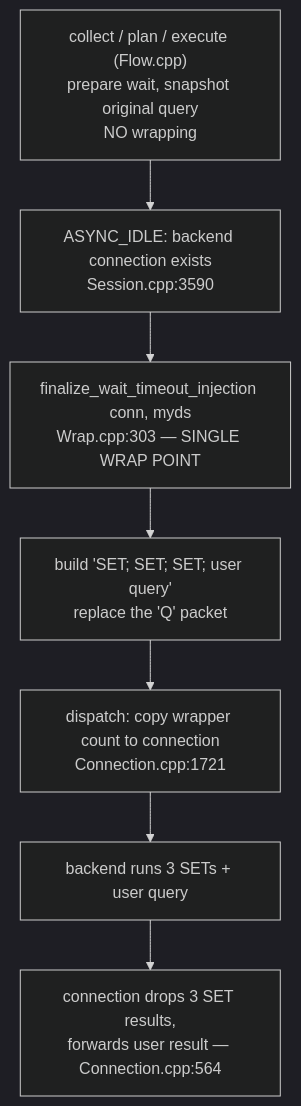
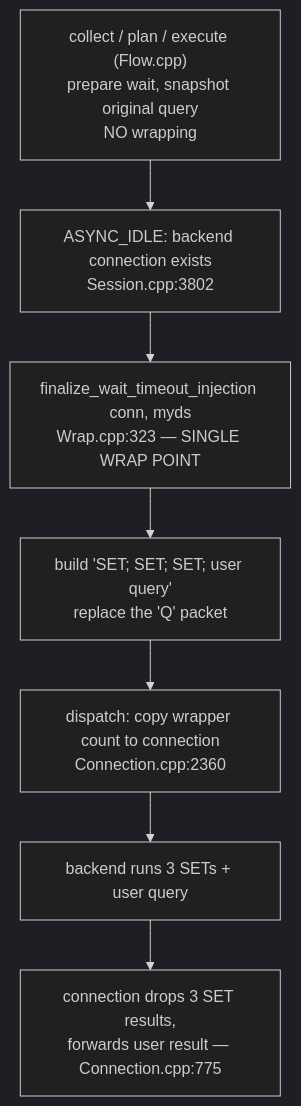
One commit to awide-labs/polar-proxy changed the first of 4 diagrams in doc/polardb-arch/07-QUERY-WRAPPING.md. Above: the diagram before and after it, drawn with Mermaid (dark theme). The commit also changed other lines of this file and 21 other files, not shown here.

````diff
--- a/doc/polardb-arch/07-QUERY-WRAPPING.md
+++ b/doc/polardb-arch/07-QUERY-WRAPPING.md
@@ -449,9 +442,9 @@
 ```mermaid
 flowchart TD
-    A["collect / plan / execute (Flow.cpp)<br/>prepare wait, snapshot original query<br/>NO wrapping"] --> B["ASYNC_IDLE: backend connection exists<br/>Session.cpp:3590"]
-    B --> C["finalize_wait_timeout_injection conn, myds<br/>Wrap.cpp:303 — SINGLE WRAP POINT"]
+    A["collect / plan / execute (Flow.cpp)<br/>prepare wait, snapshot original query<br/>NO wrapping"] --> B["ASYNC_IDLE: backend connection exists<br/>Session.cpp:3802"]
+    B --> C["finalize_wait_timeout_injection conn, myds<br/>Wrap.cpp:323 — SINGLE WRAP POINT"]
     C --> D["build 'SET; SET; SET; user query'<br/>replace the 'Q' packet"]
-    D --> E["dispatch: copy wrapper count to connection<br/>Connection.cpp:1721"]
+    D --> E["dispatch: copy wrapper count to connection<br/>Connection.cpp:2360"]
     E --> F["backend runs 3 SETs + user query"]
-    F --> G["connection drops 3 SET results,<br/>forwards user result — Connection.cpp:564"]
+    F --> G["connection drops 3 SET results,<br/>forwards user result — Connection.cpp:775"]
 ```
````
